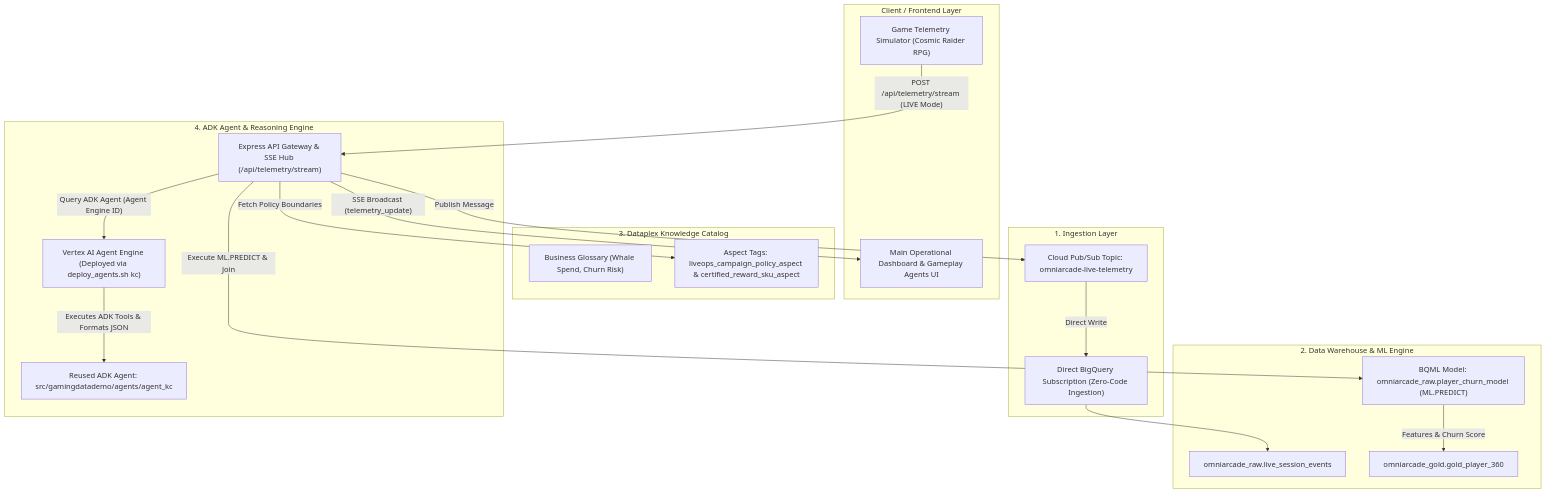
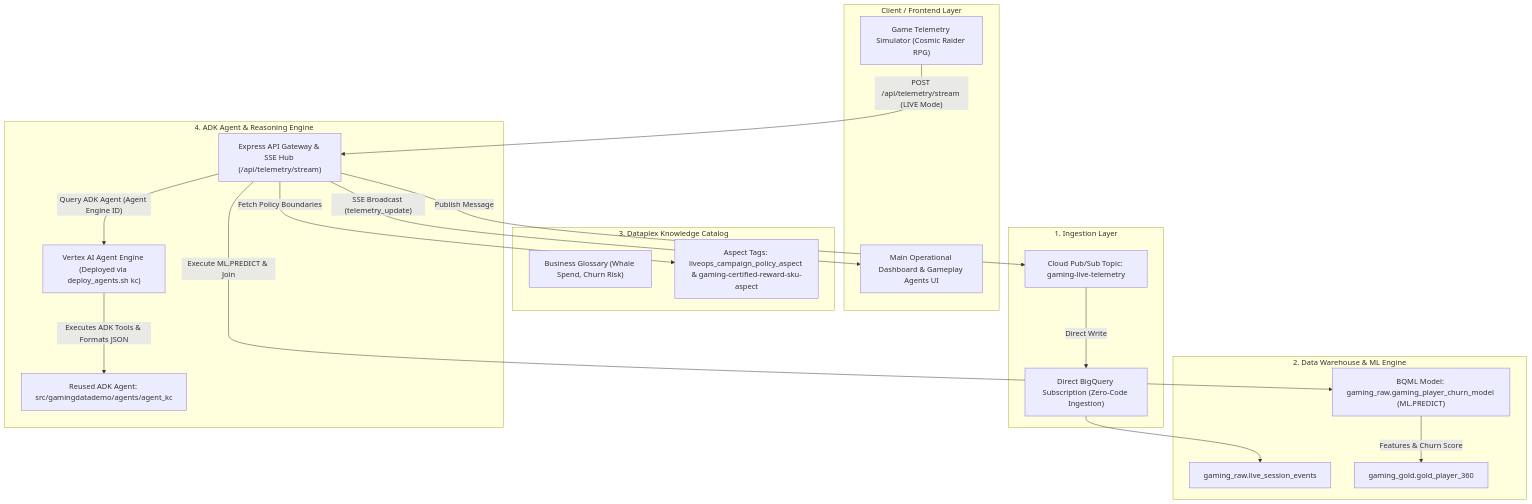
The diagram in docs/backend-liveops-guardrail-and-simulator-plan.md (joeholley/dcgd), drawn with Mermaid before and after one commit. The commit also changed other lines of this file and 34 other files, not shown here.

````diff
--- a/docs/backend-liveops-guardrail-and-simulator-plan.md
+++ b/docs/backend-liveops-guardrail-and-simulator-plan.md
@@ -7,39 +7,39 @@
 ```mermaid
 flowchart TD
     subgraph Client ["Client / Frontend Layer"]
         Sim["Game Telemetry Simulator (Cosmic Raider RPG)"]
         UI["Main Operational Dashboard & Gameplay Agents UI"]
     end
 
     subgraph Ingestion ["1. Ingestion Layer"]
-        PubSub["Cloud Pub/Sub Topic: omniarcade-live-telemetry"]
+        PubSub["Cloud Pub/Sub Topic: gaming-live-telemetry"]
         BQSub["Direct BigQuery Subscription (Zero-Code Ingestion)"]
     end
 
     subgraph Warehouse ["2. Data Warehouse & ML Engine"]
-        RAW["omniarcade_raw.live_session_events"]
-        GOLD["omniarcade_gold.gold_player_360"]
-        BQML["BQML Model: omniarcade_raw.player_churn_model (ML.PREDICT)"]
+        RAW["gaming_raw.live_session_events"]
+        GOLD["gaming_gold.gold_player_360"]
+        BQML["BQML Model: gaming_raw.gaming_player_churn_model (ML.PREDICT)"]
     end
 
     subgraph Governance ["3. Dataplex Knowledge Catalog"]
         Glossary["Business Glossary (Whale Spend, Churn Risk)"]
-        Aspects["Aspect Tags: liveops_campaign_policy_aspect & certified_reward_sku_aspect"]
+        Aspects["Aspect Tags: liveops_campaign_policy_aspect & gaming-certified-reward-sku-aspect"]
     end
 
     subgraph AgentEngine ["4. ADK Agent & Reasoning Engine"]
         ADKAgent["Reused ADK Agent: src/gamingdatademo/agents/agent_kc"]
         Vertex["Vertex AI Agent Engine (Deployed via deploy_agents.sh kc)"]
         Express["Express API Gateway & SSE Hub (/api/telemetry/stream)"]
     end
 
     Sim -- "POST /api/telemetry/stream (LIVE Mode)" --> Express
     Express -- "Publish Message" --> PubSub
     PubSub -- "Direct Write" --> BQSub --> RAW
     Express -- "Execute ML.PREDICT & Join" --> BQML
     BQML -- "Features & Churn Score" --> GOLD
     Express -- "Fetch Policy Boundaries" --> Aspects
     Express -- "Query ADK Agent (Agent Engine ID)" --> Vertex
     Vertex -- "Executes ADK Tools & Formats JSON" --> ADKAgent
     Express -- "SSE Broadcast (telemetry_update)" --> UI
 ```
````
